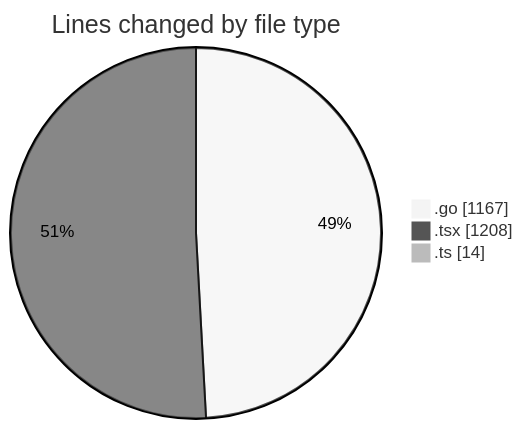
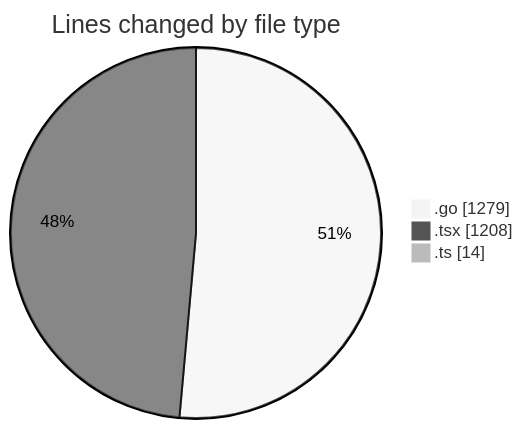
One commit to robertbonfada/code-tracking changed the first of 2 diagrams in 2025-03-05/termonied_testador/README.md. Above: the diagram before and after it, drawn with Mermaid (neutral theme). The commit also changed other lines of this file and 1 other file, not shown here.

````diff
--- a/2025-03-05/termonied_testador/README.md
+++ b/2025-03-05/termonied_testador/README.md
@@ -28,7 +28,7 @@
 ```mermaid
 pie showData
 title Lines changed by file type
-".go" : 1167
+".go" : 1279
 ".tsx" : 1208
 ".ts" : 14
 ```
````
